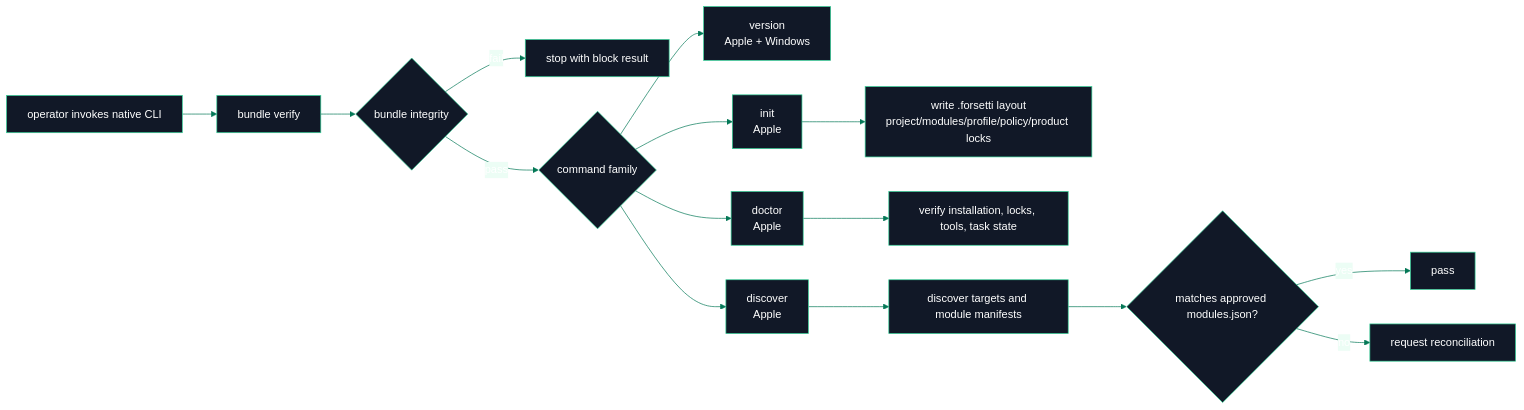
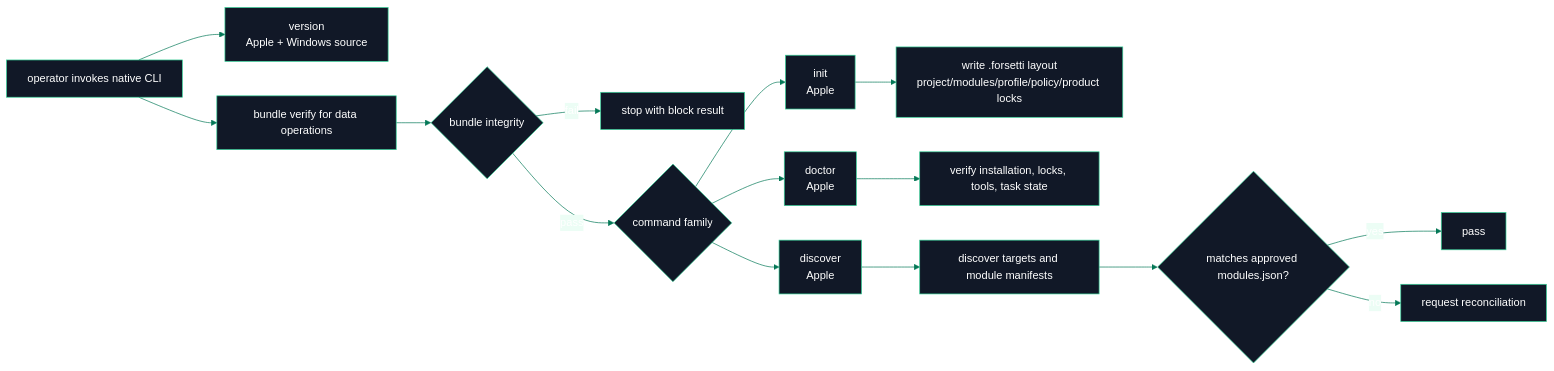
One commit to flynn33/forsetti-agentic-edition changed the third of 4 diagrams in wiki/Workflow.md. Above: the diagram before and after it, drawn with Mermaid. The commit also changed other lines of this file and 32 other files, not shown here.

````diff
--- a/wiki/Workflow.md
+++ b/wiki/Workflow.md
@@ -65,20 +69,20 @@
 ```mermaid
 %%{init: {"theme":"base","themeVariables":{"primaryColor":"#111827","primaryTextColor":"#ffffff","primaryBorderColor":"#34d399","lineColor":"#047857","secondaryColor":"#ecfdf5","tertiaryColor":"#f8fafc"}}}%%
 flowchart LR
-    Start["operator invokes native CLI"] --> Verify["bundle verify"]
+    Start["operator invokes native CLI"] --> Version["version<br/>Apple + Windows source"]
+    Start --> Verify["bundle verify for data operations"]
     Verify --> Integrity{"bundle integrity"}
     Integrity -->|fail| Stop["stop with block result"]
     Integrity -->|pass| Command{"command family"}
 
-    Command --> Version["version<br/>Apple + Windows"]
     Command --> Init["init<br/>Apple"]
     Command --> Doctor["doctor<br/>Apple"]
     Command --> Discover["discover<br/>Apple"]
 
     Init --> Layout["write .forsetti layout<br/>project/modules/profile/policy/product locks"]
     Doctor --> Health["verify installation, locks, tools, task state"]
     Discover --> Inventory["discover targets and module manifests"]
     Inventory --> Reconcile{"matches approved modules.json?"}
     Reconcile -->|yes| Pass["pass"]
     Reconcile -->|no| Review["request reconciliation"]
 ```
````
